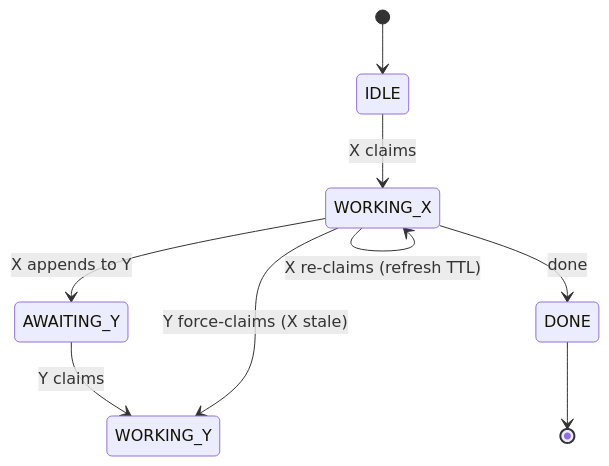
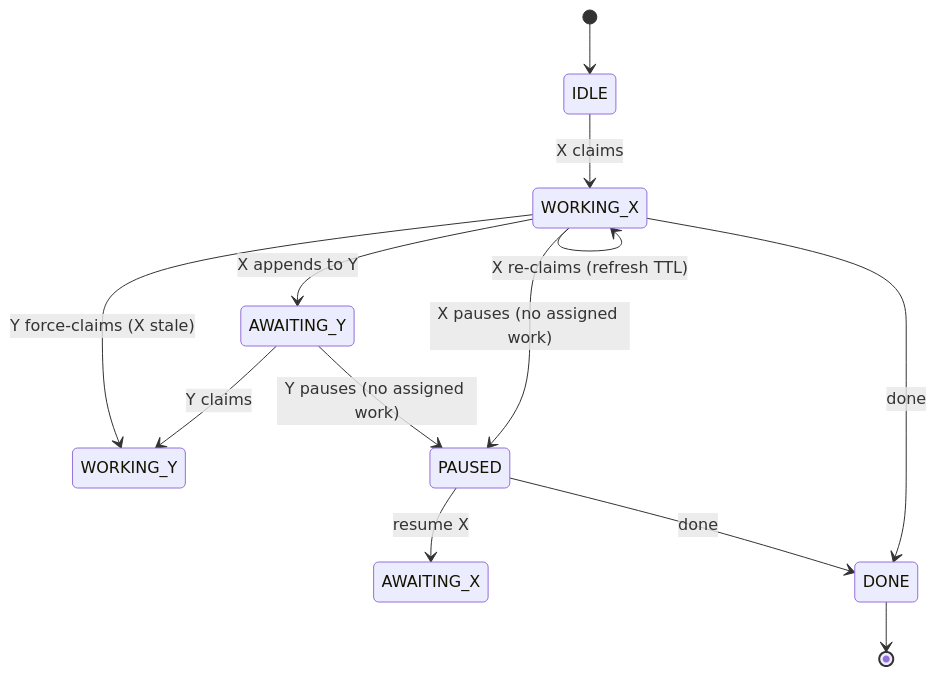
One commit to M8Shift/M8Shift changed the third of 3 diagrams in docs/en/specification.md. Above: the diagram before and after it, drawn with Mermaid. The commit also changed other lines of this file and 29 other files, not shown here.

````diff
--- a/docs/en/specification.md
+++ b/docs/en/specification.md
@@ -188,11 +189,15 @@
 ```mermaid
 stateDiagram-v2
     [*] --> IDLE
     IDLE --> WORKING_X: X claims
     WORKING_X --> AWAITING_Y: X appends to Y
     AWAITING_Y --> WORKING_Y: Y claims
     WORKING_X --> WORKING_X: X re-claims (refresh TTL)
     WORKING_X --> WORKING_Y: Y force-claims (X stale)
+    WORKING_X --> PAUSED: X pauses (no assigned work)
+    AWAITING_Y --> PAUSED: Y pauses (no assigned work)
+    PAUSED --> AWAITING_X: resume X
     WORKING_X --> DONE: done
+    PAUSED --> DONE: done
     DONE --> [*]
 ```
````
